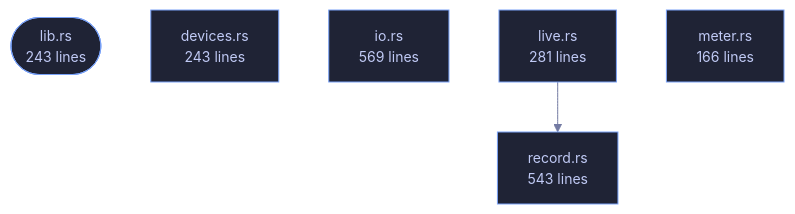
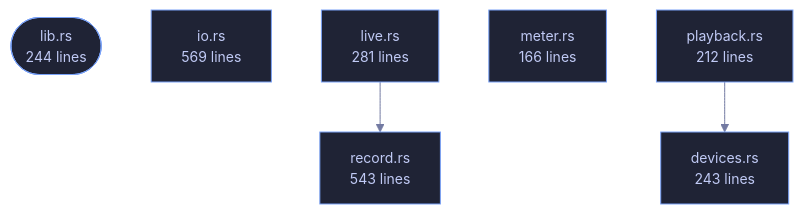
Before and after one commit to tilas01/veilvoice: the diagram in crates/veilvoice-audio/README.md, drawn with Mermaid. The commit also changed other lines of this file and 53 other files, not shown here.

````diff
--- a/crates/veilvoice-audio/README.md
+++ b/crates/veilvoice-audio/README.md
@@ -80,17 +80,20 @@
 ```mermaid
 %%{init: {"theme":"base","themeVariables":{"background":"#1a1b26","primaryColor":"#1f2335","primaryTextColor":"#c0caf5","primaryBorderColor":"#7aa2f7","secondaryColor":"#16161e","tertiaryColor":"#16161e","lineColor":"#737aa2","textColor":"#c0caf5","mainBkg":"#1f2335","nodeBorder":"#7aa2f7","clusterBkg":"#16161e","clusterBorder":"#2f3549","fontFamily":"ui-monospace, SFMono-Regular, Consolas, monospace","fontSize":"14px"}}}%%
 flowchart TD
-    n_lib(["lib.rs<br/>243 lines"])
+    n_lib(["lib.rs<br/>244 lines"])
     n_devices["devices.rs<br/>243 lines"]
     n_io["io.rs<br/>569 lines"]
     n_live["live.rs<br/>281 lines"]
     n_meter["meter.rs<br/>166 lines"]
+    n_playback["playback.rs<br/>212 lines"]
     n_record["record.rs<br/>543 lines"]
     n_live --> n_record
+    n_playback --> n_devices
     click n_lib href "https://github.com/tilas01/veilvoice/blob/main/crates/veilvoice-audio/src/lib.rs" "open the source"
     click n_devices href "https://github.com/tilas01/veilvoice/blob/main/crates/veilvoice-audio/src/devices.rs" "open the source"
     click n_io href "https://github.com/tilas01/veilvoice/blob/main/crates/veilvoice-audio/src/io.rs" "open the source"
     click n_live href "https://github.com/tilas01/veilvoice/blob/main/crates/veilvoice-audio/src/live.rs" "open the source"
     click n_meter href "https://github.com/tilas01/veilvoice/blob/main/crates/veilvoice-audio/src/meter.rs" "open the source"
+    click n_playback href "https://github.com/tilas01/veilvoice/blob/main/crates/veilvoice-audio/src/playback.rs" "open the source"
     click n_record href "https://github.com/tilas01/veilvoice/blob/main/crates/veilvoice-audio/src/record.rs" "open the source"
 ```
````
